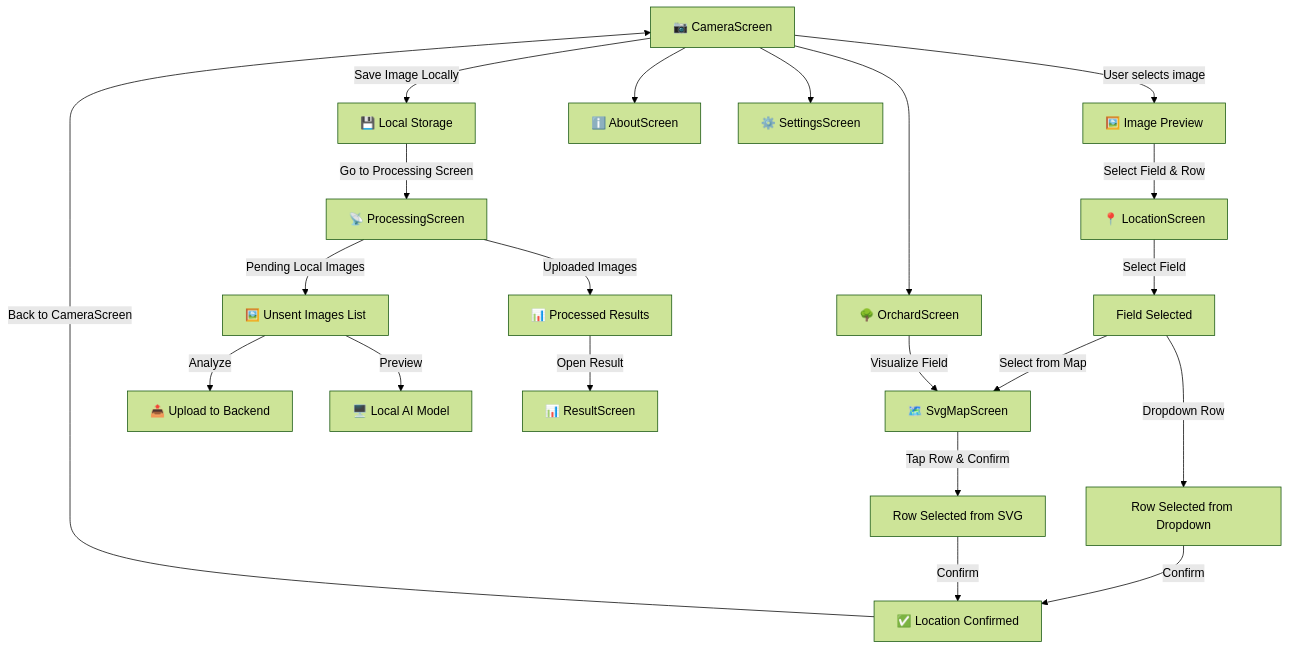
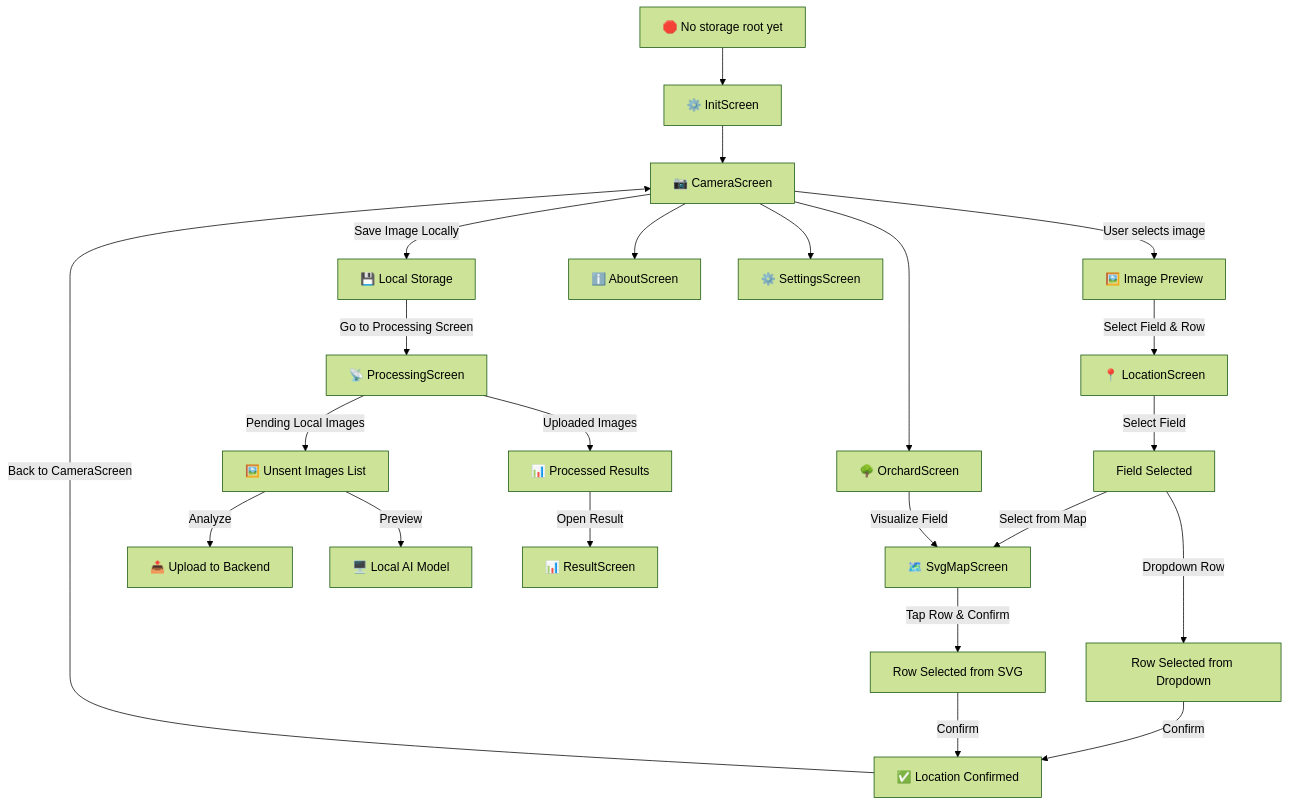
One commit to nathabee/PomoloBee changed the diagram in docs/App_Specification.md. Above: the diagram before and after it, drawn with Mermaid (forest theme). The commit also changed other lines of this file and 20 other files, not shown here.

Commit message:
app : refactoring to follow architecture compose jetpack

````diff
--- a/docs/App_Specification.md
+++ b/docs/App_Specification.md
@@ -97,28 +102,32 @@
-```mermaid
+```mermaid 
 graph TD  
-  A[📷 CameraScreen] -->|User selects image| B[🖼️ Image Preview]
+  I[🛑 No storage root yet] --> IS[⚙️ InitScreen]
+  IS --> A[📷 CameraScreen]
+  A -->|User selects image| B[🖼️ Image Preview]
   B -->|Select Field & Row| L[📍 LocationScreen]
   L -->|Select Field| L1[Field Selected]
   L1 -->|Dropdown Row| L2[Row Selected from Dropdown]
   L1 -->|Select from Map| M[🗺️ SvgMapScreen]
   M -->|Tap Row & Confirm| L3[Row Selected from SVG]
   L2 -->|Confirm| B1[✅ Location Confirmed]
   L3 -->|Confirm| B1
 
   B1 -->|Back to CameraScreen| A
   A -->|Save Image Locally| S[💾 Local Storage]
 
   S -->|Go to Processing Screen| D[📡 ProcessingScreen]
   D -->|Pending Local Images| U[🖼️ Unsent Images List]
   U -->|Analyze| X[📤 Upload to Backend]
   U -->|Preview| Y[🖥️ Local AI Model]
 
   D -->|Uploaded Images| E[📊 Processed Results]
   E -->|Open Result| R[📊 ResultScreen]
 
   A --> G[ℹ️ AboutScreen]
   A --> H1[⚙️ SettingsScreen]
   A --> H2[🌳 OrchardScreen]
   H2 -->|Visualize Field| M
+ 
+
 
 ```
````
